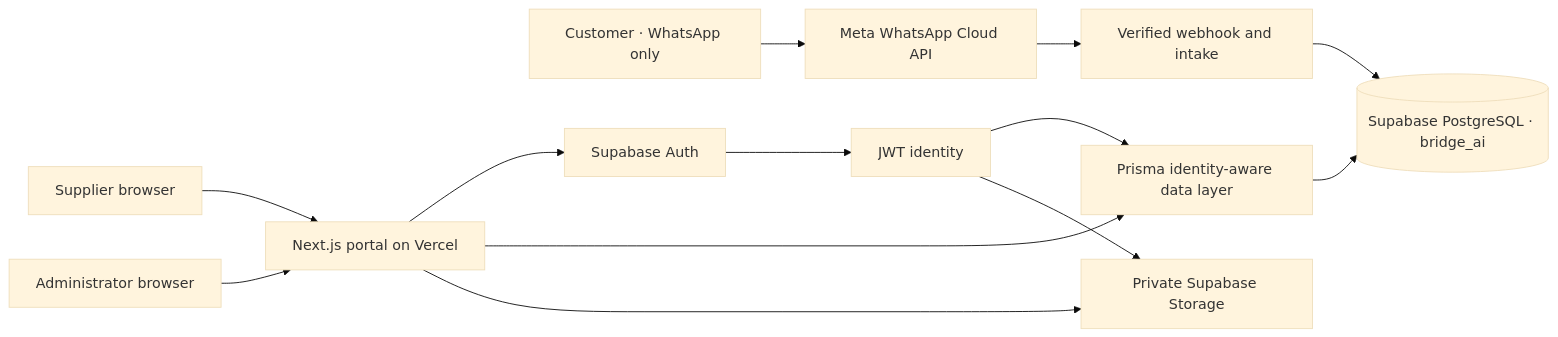
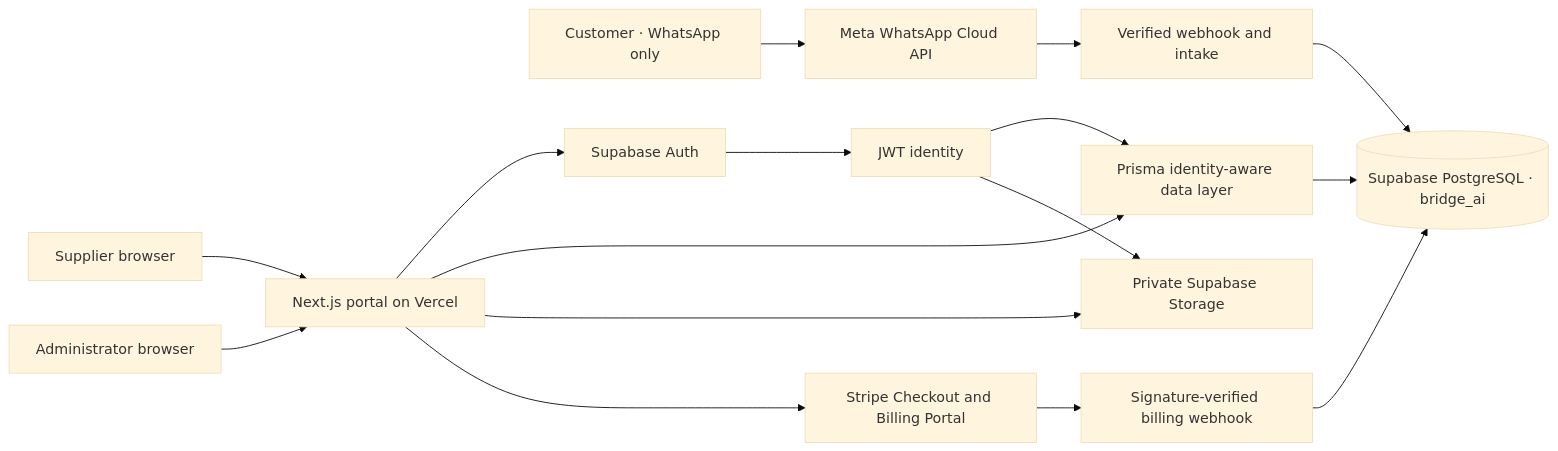
The diagram in docs/ARCHITECTURE.md (Beadyeye42/BridgeAi-), drawn with Mermaid (base theme) before and after one commit. The commit also changed other lines of this file and 55 other files, not shown here.

````diff
--- a/docs/ARCHITECTURE.md
+++ b/docs/ARCHITECTURE.md
@@ -5,15 +5,18 @@
 ```mermaid
 flowchart LR
   Customer["Customer · WhatsApp only"] --> Meta["Meta WhatsApp Cloud API"]
   Meta --> Intake["Verified webhook and intake"]
   Supplier["Supplier browser"] --> Portal["Next.js portal on Vercel"]
   Admin["Administrator browser"] --> Portal
   Portal --> Auth["Supabase Auth"]
   Portal --> DAL["Prisma identity-aware data layer"]
   DAL --> DB[("Supabase PostgreSQL · bridge_ai")]
   Intake --> DB
   Portal --> Storage["Private Supabase Storage"]
+  Portal --> Stripe["Stripe Checkout and Billing Portal"]
+  Stripe --> BillingHook["Signature-verified billing webhook"]
+  BillingHook --> DB
   Auth --> Policies["JWT identity"]
   Policies --> DAL
   Policies --> Storage
 ```
````
